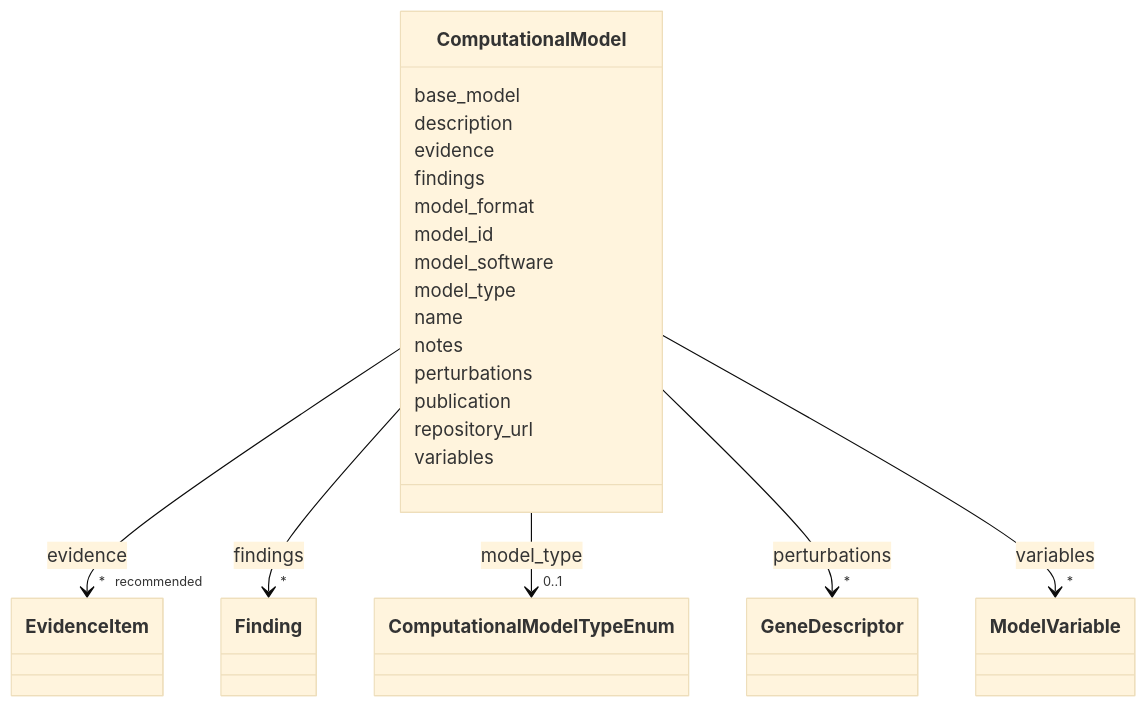
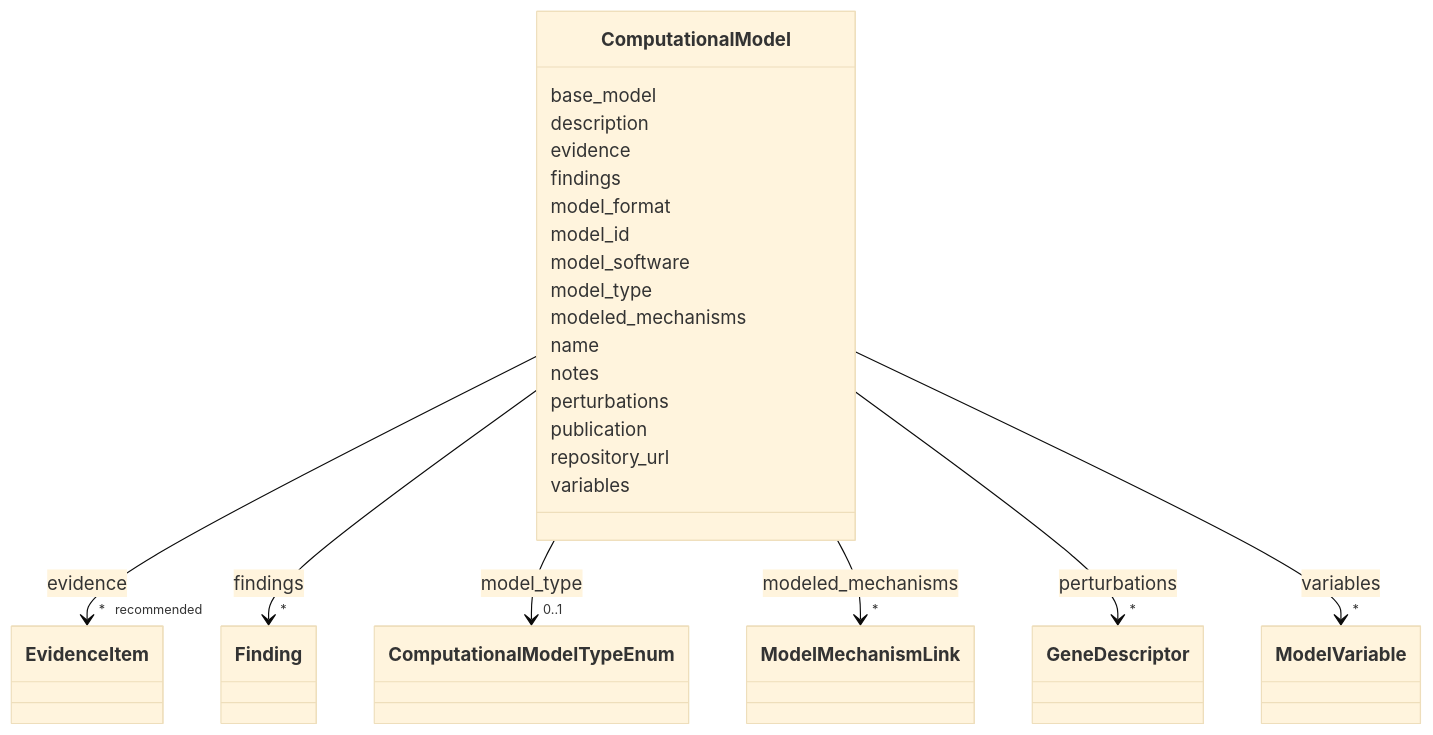
The diagram in docs/schema/classes/ComputationalModel.md (monarch-initiative/dismech), drawn with Mermaid (base theme) before and after one commit. The commit also changed other lines of this file and 1343 other files, not shown here.

First line of the commit message:
docs: regenerate schema docs and point design-decisions link at rendered page

```diff
--- a/docs/schema/classes/ComputationalModel.md
+++ b/docs/schema/classes/ComputationalModel.md
@@ -62,6 +62,17 @@
     
 
         
+      ComputationalModel : modeled_mechanisms
+        
+          
+    
+        
+        
+        ComputationalModel --> "*" ModelMechanismLink : modeled_mechanisms
+        click ModelMechanismLink href "../../classes/ModelMechanismLink/"
+    
+
+        
       ComputationalModel : name
         
       ComputationalModel : notes
```
